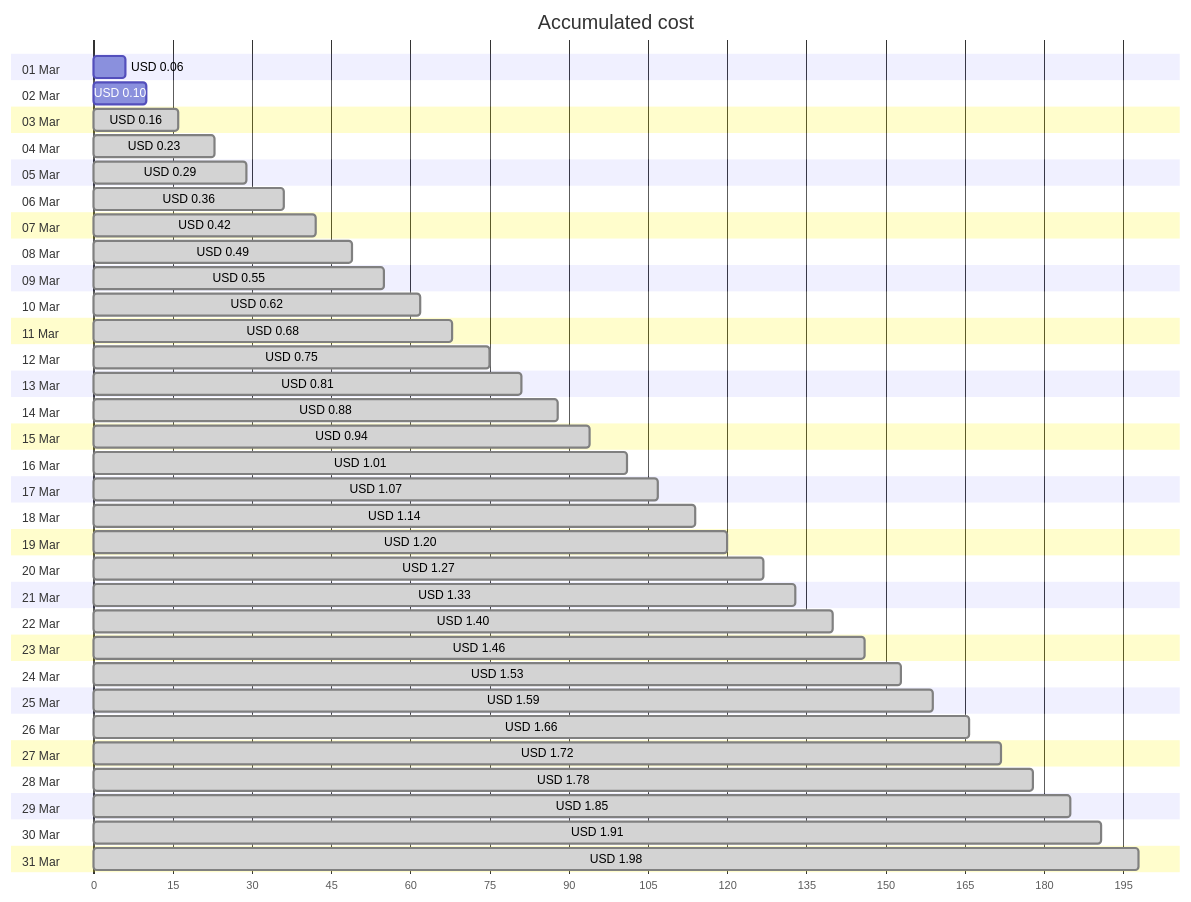
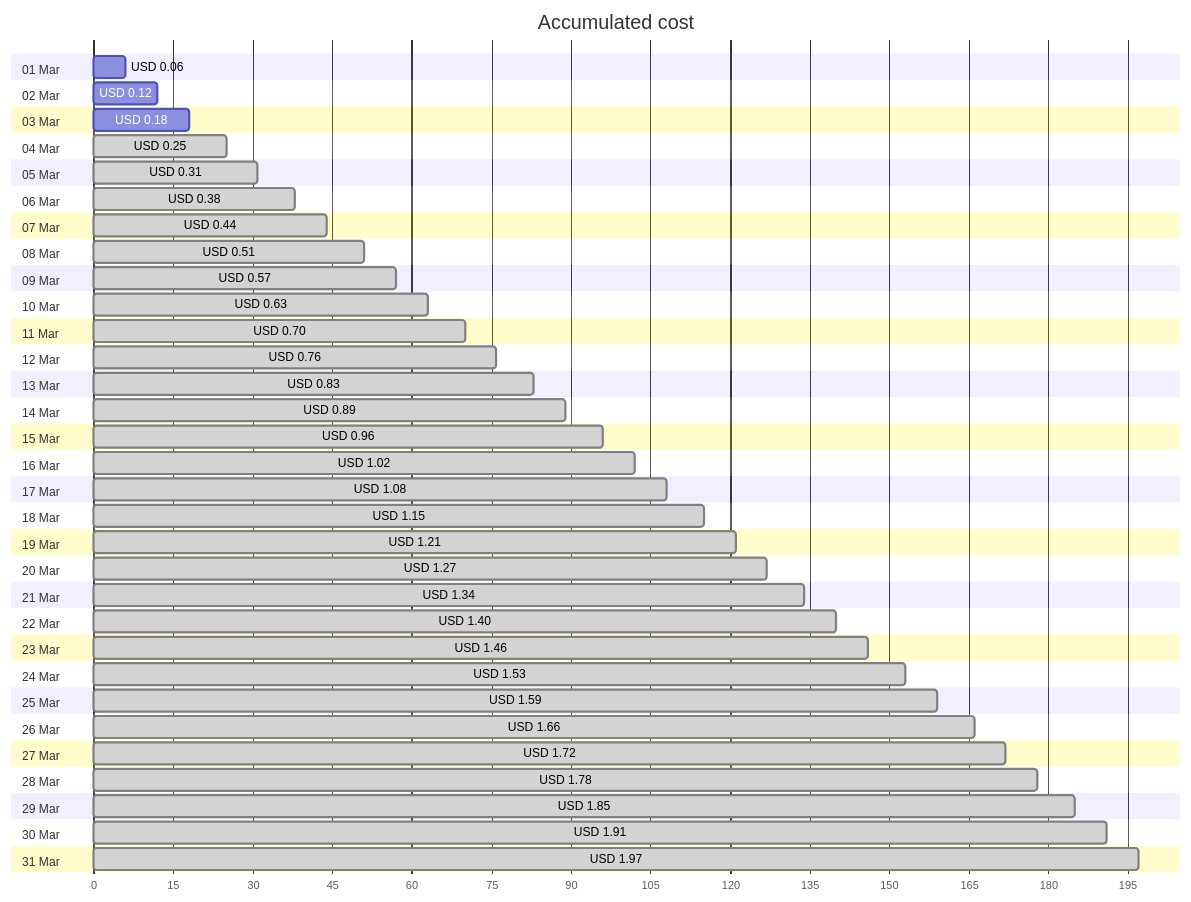
The first of 4 diagrams in cost-reports/personal-network/vpn-server_OsDisk.md (jpfulton/azure-personal-reports), drawn with Mermaid before and after one commit. The commit also changed other lines of this file and 8 other files, not shown here.

````diff
--- a/cost-reports/personal-network/vpn-server_OsDisk.md
+++ b/cost-reports/personal-network/vpn-server_OsDisk.md
@@ -20,68 +20,68 @@
 ```mermaid
 gantt
    title Accumulated cost
    dateFormat  X
    axisFormat %s
    section 01 Mar
    USD 0.06 :0, 6
    section 02 Mar
-   USD 0.10 :0, 10
+   USD 0.12 :0, 12
    section 03 Mar
-   USD 0.16 : done, 0, 16
+   USD 0.18 :0, 18
    section 04 Mar
-   USD 0.23 : done, 0, 23
+   USD 0.25 : done, 0, 25
    section 05 Mar
-   USD 0.29 : done, 0, 29
+   USD 0.31 : done, 0, 31
    section 06 Mar
-   USD 0.36 : done, 0, 36
+   USD 0.38 : done, 0, 38
    section 07 Mar
-   USD 0.42 : done, 0, 42
+   USD 0.44 : done, 0, 44
    section 08 Mar
-   USD 0.49 : done, 0, 49
+   USD 0.51 : done, 0, 51
    section 09 Mar
-   USD 0.55 : done, 0, 55
+   USD 0.57 : done, 0, 57
    section 10 Mar
-   USD 0.62 : done, 0, 62
+   USD 0.63 : done, 0, 63
    section 11 Mar
-   USD 0.68 : done, 0, 68
+   USD 0.70 : done, 0, 70
    section 12 Mar
-   USD 0.75 : done, 0, 75
+   USD 0.76 : done, 0, 76
    section 13 Mar
-   USD 0.81 : done, 0, 81
+   USD 0.83 : done, 0, 83
    section 14 Mar
-   USD 0.88 : done, 0, 88
+   USD 0.89 : done, 0, 89
    section 15 Mar
-   USD 0.94 : done, 0, 94
+   USD 0.96 : done, 0, 96
    section 16 Mar
-   USD 1.01 : done, 0, 101
+   USD 1.02 : done, 0, 102
    section 17 Mar
-   USD 1.07 : done, 0, 107
+   USD 1.08 : done, 0, 108
    section 18 Mar
-   USD 1.14 : done, 0, 114
+   USD 1.15 : done, 0, 115
    section 19 Mar
-   USD 1.20 : done, 0, 120
+   USD 1.21 : done, 0, 121
    section 20 Mar
    USD 1.27 : done, 0, 127
    section 21 Mar
-   USD 1.33 : done, 0, 133
+   USD 1.34 : done, 0, 134
    section 22 Mar
    USD 1.40 : done, 0, 140
    section 23 Mar
    USD 1.46 : done, 0, 146
    section 24 Mar
    USD 1.53 : done, 0, 153
    section 25 Mar
    USD 1.59 : done, 0, 159
    section 26 Mar
    USD 1.66 : done, 0, 166
    section 27 Mar
    USD 1.72 : done, 0, 172
    section 28 Mar
    USD 1.78 : done, 0, 178
    section 29 Mar
    USD 1.85 : done, 0, 185
    section 30 Mar
    USD 1.91 : done, 0, 191
    section 31 Mar
-   USD 1.98 : done, 0, 198
+   USD 1.97 : done, 0, 197
 ```
````
